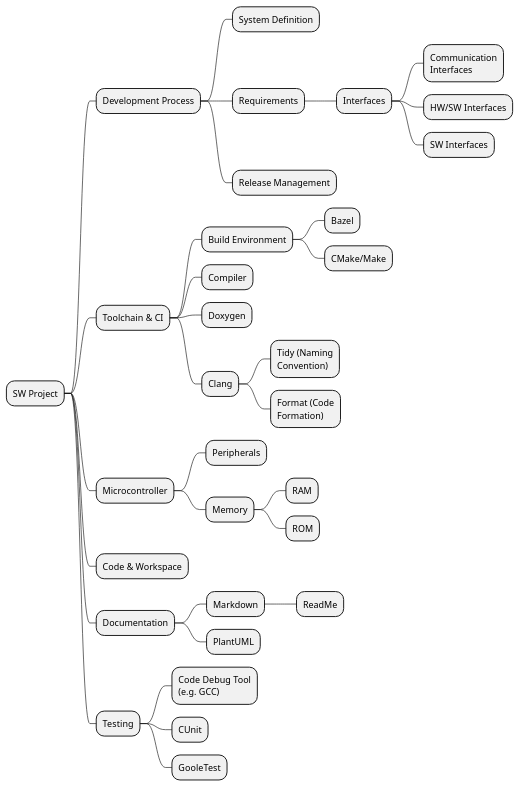
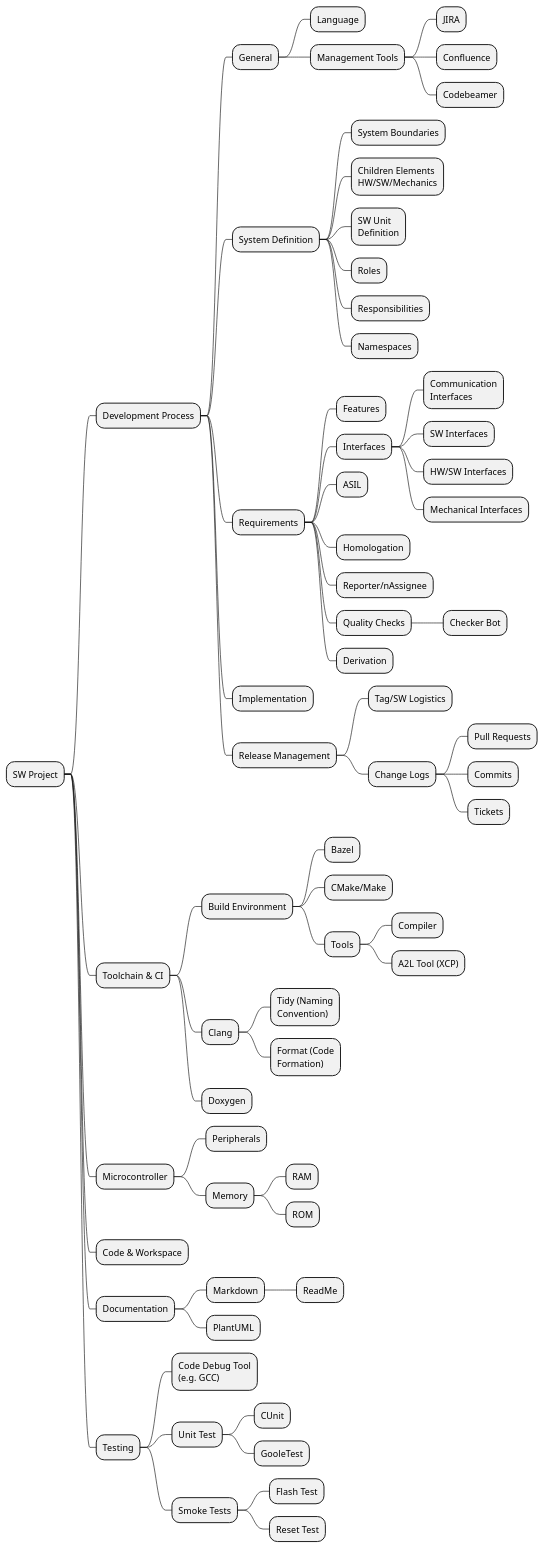
Before and after one commit to t0biasm/embedded-project: the diagram in swProjectNeeds.puml, drawn with PlantUML. The commit also changed 1 other file, not shown here.

Commit message:
MindMap Extension

```diff
--- a/swProjectNeeds.puml
+++ b/swProjectNeeds.puml
@@ -1,34 +1,66 @@
 @startmindmap
 * SW Project
 ** Development Process
+*** General
+**** Language
+**** Management Tools
+***** JIRA
+***** Confluence
+***** Codebeamer
 *** System Definition
+**** System Boundaries
+**** Children Elements\nHW/SW/Mechanics
+**** SW Unit\nDefinition
+**** Roles
+**** Responsibilities
+**** Namespaces
 *** Requirements
+**** Features
 **** Interfaces
 ***** Communication\nInterfaces
+***** SW Interfaces
 ***** HW/SW Interfaces
-***** SW Interfaces
+***** Mechanical Interfaces
+**** ASIL
+**** Homologation
+**** Reporter/nAssignee
+**** Quality Checks
+***** Checker Bot
+**** Derivation
+*** Implementation
 *** Release Management
+**** Tag/SW Logistics
+**** Change Logs
+***** Pull Requests
+***** Commits
+***** Tickets
 ** Toolchain & CI
 *** Build Environment
 **** Bazel
 **** CMake/Make
-*** Compiler
-*** Doxygen
+**** Tools
+***** Compiler
+***** A2L Tool (XCP)
 *** Clang
 **** Tidy (Naming\nConvention)
 **** Format (Code\nFormation)
+*** Doxygen
 ** Microcontroller
 *** Peripherals
 *** Memory
 **** RAM
 **** ROM
 ** Code & Workspace
 ** Documentation
 *** Markdown
 **** ReadMe
 *** PlantUML
 ** Testing
 *** Code Debug Tool\n(e.g. GCC)
-*** CUnit
-*** GooleTest
+*** Unit Test
+**** CUnit
+**** GooleTest
+*** Smoke Tests
+**** Flash Test
+**** Reset Test
 @endmindmap
```
